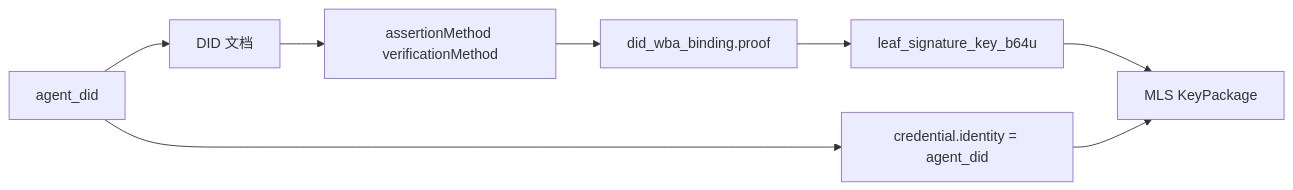
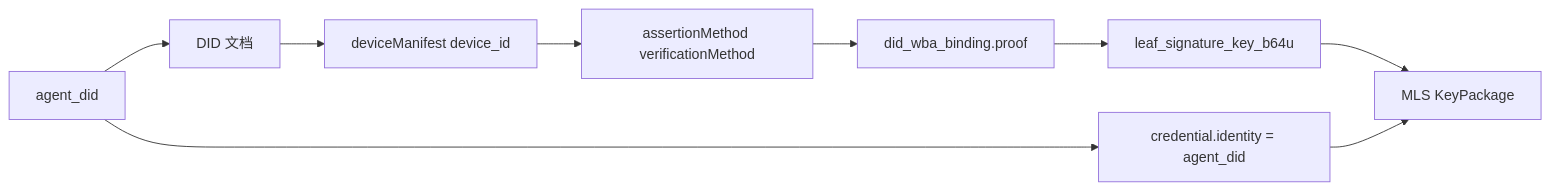
One commit to NeatNerdPrime/AgentNetworkProtocol changed the second of 9 diagrams in chinese/message/vnext/06-群组端到端加密.md. Above: the diagram before and after it, drawn with Mermaid. The commit also changed other lines of this file and 31 other files, not shown here.

````diff
--- a/chinese/message/vnext/06-群组端到端加密.md
+++ b/chinese/message/vnext/06-群组端到端加密.md
@@ -406,14 +440,15 @@
 ```mermaid
 flowchart LR
 DID[agent_did]
 DOC[DID 文档]
+DEV[deviceManifest device_id]
 VM[assertionMethod verificationMethod]
 BIND[did_wba_binding.proof]
 LEAF[leaf_signature_key_b64u]
 KP[MLS KeyPackage]
 CID[credential.identity = agent_did]
 
-DID --> DOC --> VM --> BIND --> LEAF --> KP
+DID --> DOC --> DEV --> VM --> BIND --> LEAF --> KP
 DID --> CID
 CID --> KP
 ```
````
